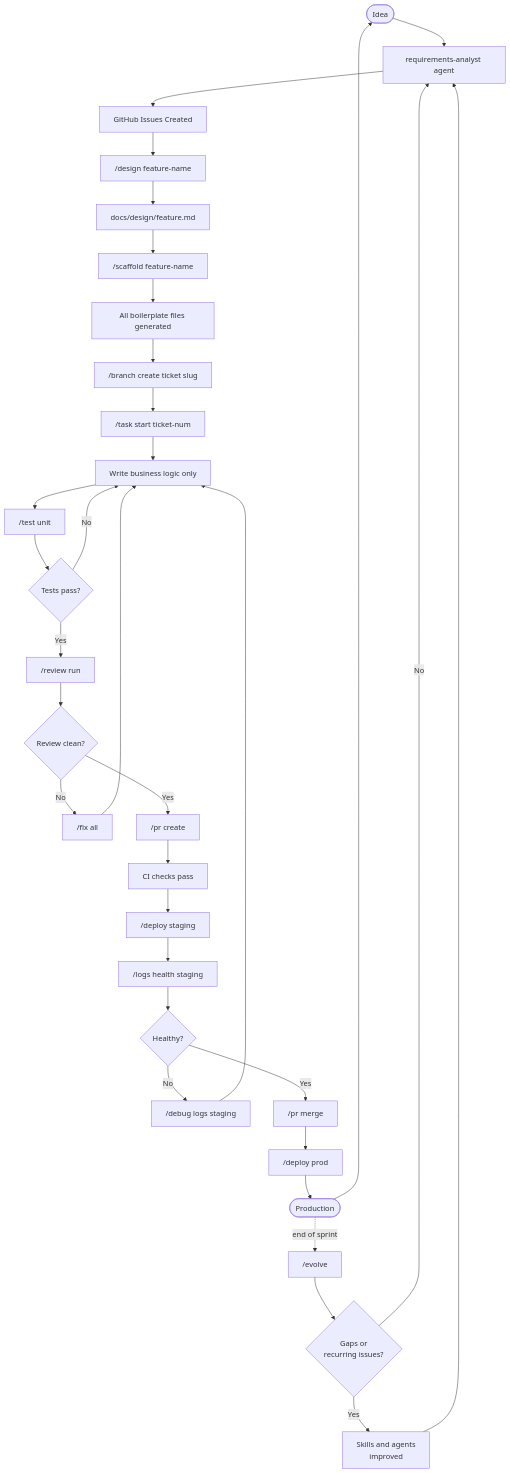
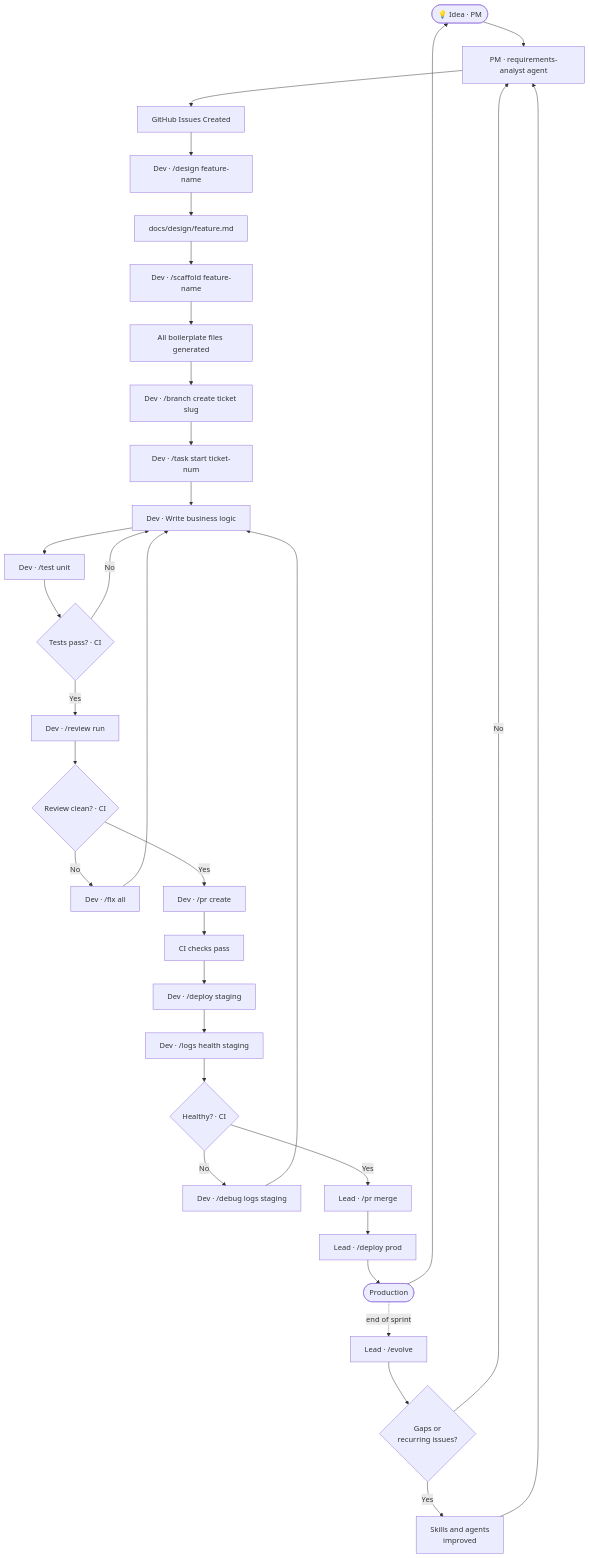
One commit to manikumarkv/devrunway-claude-plugin changed the first of 11 diagrams in README.md. Above: the diagram before and after it, drawn with Mermaid.

Commit message:
docs(readme): add user roles to Full SDLC Flow diagram
Each node now shows who drives it:
  PM   — idea and requirements breakdown
  Dev  — design through staging deploy and debug
  CI   — automated gates (tests, review, health)
  Lead — pr merge, deploy prod, end-of-sprint evolve

````diff
--- a/README.md
+++ b/README.md
@@ -19,35 +19,35 @@
 ```mermaid
 flowchart TD
-    A([Idea]) --> B[requirements-analyst agent]
+    A(["💡 Idea · PM"]) --> B["PM · requirements-analyst agent"]
     B --> C[GitHub Issues Created]
-    C --> D["/design feature-name"]
+    C --> D["Dev · /design feature-name"]
     D --> E["docs/design/feature.md"]
-    E --> F["/scaffold feature-name"]
+    E --> F["Dev · /scaffold feature-name"]
     F --> G[All boilerplate files generated]
-    G --> H["/branch create ticket slug"]
-    H --> I["/task start ticket-num"]
-    I --> J[Write business logic only]
-    J --> K["/test unit"]
-    K --> L{Tests pass?}
+    G --> H["Dev · /branch create ticket slug"]
+    H --> I["Dev · /task start ticket-num"]
+    I --> J["Dev · Write business logic"]
+    J --> K["Dev · /test unit"]
+    K --> L{Tests pass? · CI}
     L -- No --> J
-    L -- Yes --> M["/review run"]
-    M --> N{Review clean?}
-    N -- No --> O["/fix all"]
+    L -- Yes --> M["Dev · /review run"]
+    M --> N{Review clean? · CI}
+    N -- No --> O["Dev · /fix all"]
     O --> J
-    N -- Yes --> P["/pr create"]
+    N -- Yes --> P["Dev · /pr create"]
     P --> Q[CI checks pass]
-    Q --> R["/deploy staging"]
-    R --> S["/logs health staging"]
-    S --> T{Healthy?}
-    T -- No --> U["/debug logs staging"]
+    Q --> R["Dev · /deploy staging"]
+    R --> S["Dev · /logs health staging"]
+    S --> T{Healthy? · CI}
+    T -- No --> U["Dev · /debug logs staging"]
     U --> J
-    T -- Yes --> V["/pr merge"]
-    V --> W["/deploy prod"]
+    T -- Yes --> V["Lead · /pr merge"]
+    V --> W["Lead · /deploy prod"]
     W --> X([Production])
     X --> A
-    X -.->|"end of sprint"| Y["/evolve"]
+    X -.->|"end of sprint"| Y["Lead · /evolve"]
     Y --> Z{Gaps or\nrecurring issues?}
     Z -- Yes --> AA[Skills and agents\nimproved]
     AA --> B
     Z -- No --> B
 ```
````
